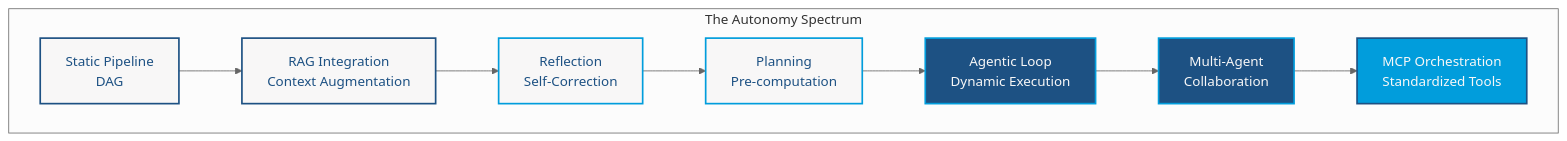
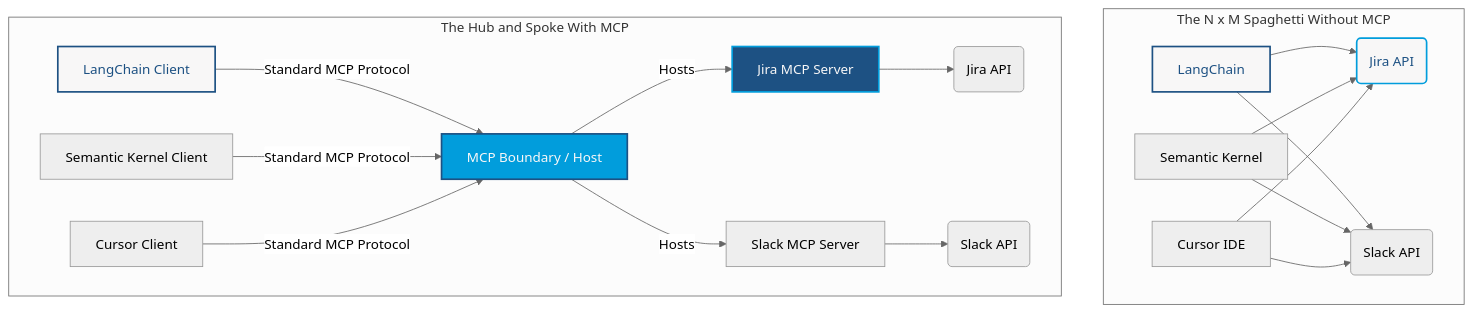
Before and after one commit to bpbpublications/Practical-Software-Architecture-Patterns-with-Java: the diagram in chapter-12/diagrams/diagram-02.md, drawn with Mermaid (neutral theme). The commit also changed 76 other files, not shown here.

````diff
--- a/chapter-12/diagrams/diagram-02.md
+++ b/chapter-12/diagrams/diagram-02.md
@@ -2,20 +1,29 @@
 ```mermaid
-graph LR
-subgraph The Autonomy Spectrum
-direction LR
-P[Static Pipeline<br/>DAG] --> R[RAG Integration<br/>Context Augmentation]
-R --> Ref[Reflection<br/>Self-Correction]
-Ref --> Plan[Planning<br/>Pre-computation]
-Plan --> AL[Agentic Loop<br/>Dynamic Execution]
-AL --> MAC[Multi-Agent<br/>Collaboration]
-MAC --> MCP[MCP Orchestration<br/>Standardized Tools]
-end
+graph TD
+    subgraph Spaghetti [The N x M Spaghetti Without MCP]
+        LC[LangChain] --> J1(Jira API)
+        LC --> S1(Slack API)
+        SK[Semantic Kernel] --> J1
+        SK --> S1
+        IDE[Cursor IDE] --> J1
+        IDE --> S1
+    end
 
-style P fill:#F8F7F7,stroke:#1D5183,stroke-width:2px,color:#1D5183
-style R fill:#F8F7F7,stroke:#1D5183,stroke-width:2px,color:#1D5183
-style Ref fill:#F8F7F7,stroke:#019DDC,stroke-width:2px,color:#1D5183
-style Plan fill:#F8F7F7,stroke:#019DDC,stroke-width:2px,color:#1D5183
-style AL fill:#1D5183,stroke:#019DDC,stroke-width:2px,color:#F8F7F7
-style MAC fill:#1D5183,stroke:#019DDC,stroke-width:2px,color:#F8F7F7
-style MCP fill:#019DDC,stroke:#1D5183,stroke-width:2px,color:#F8F7F7
+    subgraph HubSpoke [The Hub and Spoke With MCP]
+        LC2[LangChain Client] -->|Standard MCP Protocol| MCP[MCP Boundary / Host]
+        SK2[Semantic Kernel Client] -->|Standard MCP Protocol| MCP
+        IDE2[Cursor Client] -->|Standard MCP Protocol| MCP
+        
+        MCP -->|Hosts| Srv1[Jira MCP Server]
+        MCP -->|Hosts| Srv2[Slack MCP Server]
+        
+        Srv1 --> Native1(Jira API)
+        Srv2 --> Native2(Slack API)
+    end
+
+    style LC fill:#F8F7F7,stroke:#1D5183,stroke-width:2px,color:#1D5183
+    style J1 fill:#F8F7F7,stroke:#019DDC,stroke-width:2px,color:#1D5183
+    style MCP fill:#019DDC,stroke:#1D5183,stroke-width:2px,color:#F8F7F7
+    style Srv1 fill:#1D5183,stroke:#019DDC,stroke-width:2px,color:#F8F7F7
+    style LC2 fill:#F8F7F7,stroke:#1D5183,stroke-width:2px,color:#1D5183
 ```
````
